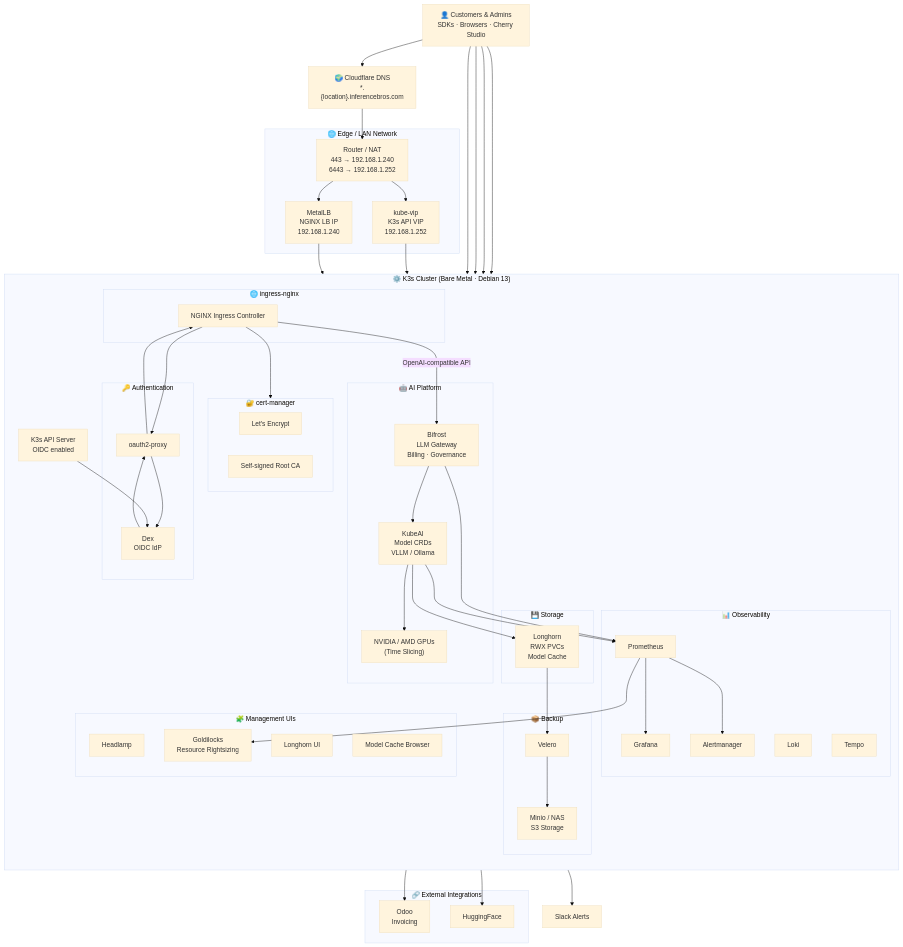
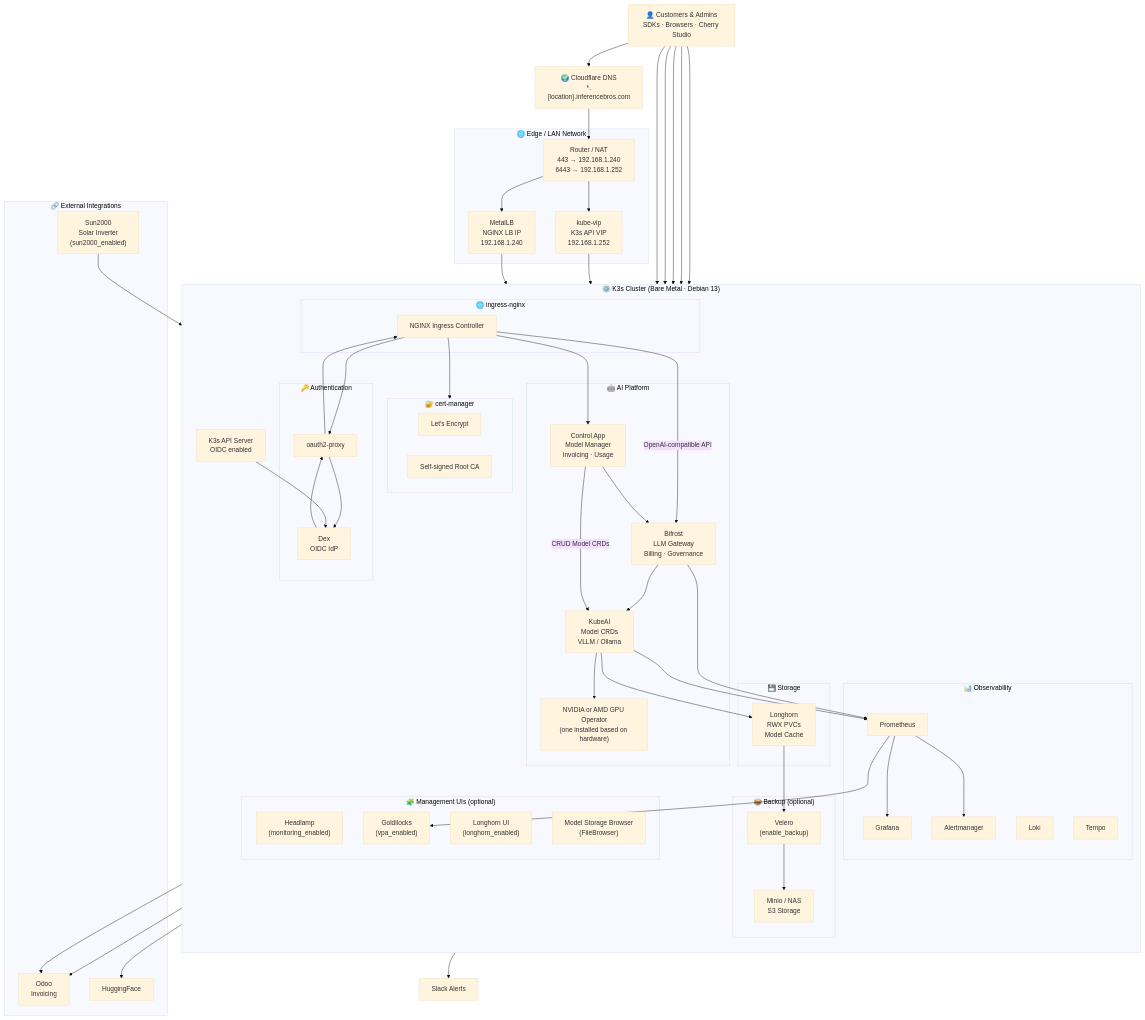
The diagram in README.md (alinflorin/inference-bros), drawn with Mermaid (base theme) before and after one commit. The commit also changed other lines of this file, not shown here.

````diff
--- a/README.md
+++ b/README.md
@@ -471,8 +447,11 @@
       KUBEAI["KubeAI
 Model CRDs
 VLLM / Ollama"]
-      GPU["NVIDIA / AMD GPUs
-(Time Slicing)"]
+      CONTROL["Control App
+Model Manager
+Invoicing · Usage"]
+      GPU["NVIDIA or AMD GPU Operator
+(one installed based on hardware)"]
     end
 
     subgraph STORAGE["💾 Storage"]
@@ -489,18 +468,22 @@
       ALERT["Alertmanager"]
     end
 
-    subgraph BACKUP["📦 Backup"]
-      VELERO["Velero"]
+    subgraph BACKUP["📦 Backup (optional)"]
+      VELERO["Velero
+(enable_backup)"]
       S3["Minio / NAS
 S3 Storage"]
     end
 
-    subgraph MGMT["🧩 Management UIs"]
-      HEADLAMP["Headlamp"]
-      LONGHORN_UI["Longhorn UI"]
-      PVCX["Model Cache Browser"]
+    subgraph MGMT["🧩 Management UIs (optional)"]
+      HEADLAMP["Headlamp
+(monitoring_enabled)"]
+      LONGHORN_UI["Longhorn UI
+(longhorn_enabled)"]
+      PVCX["Model Storage Browser
+(FileBrowser)"]
       GOLDILOCKS["Goldilocks
-Resource Rightsizing"]
+(vpa_enabled)"]
     end
   end
 
@@ -518,8 +501,11 @@
   API --> DEX
 
   NGINX -->|OpenAI-compatible API| BIFROST
+  NGINX --> CONTROL
   BIFROST --> KUBEAI
   KUBEAI --> GPU
+  CONTROL -->|CRUD Model CRDs| KUBEAI
+  CONTROL --> BIFROST
 
   KUBEAI --> LONGHORN
   LONGHORN --> VELERO
@@ -539,10 +525,15 @@
     ODOO["Odoo
 Invoicing"]
     HF["HuggingFace"]
+    SUN2000["Sun2000
+Solar Inverter
+(sun2000_enabled)"]
   end
 
   BIFROST --> ODOO
+  CONTROL --> ODOO
   KUBEAI --> HF
+  SUN2000 --> PROM
 
   %% =====================================================
   %% MANAGEMENT ACCESS
@@ -550,6 +541,7 @@
   USERS --> HEADLAMP
   USERS --> GRAFANA
   USERS --> BIFROST
+  USERS --> CONTROL
   USERS --> GOLDILOCKS
 
 ```
````
